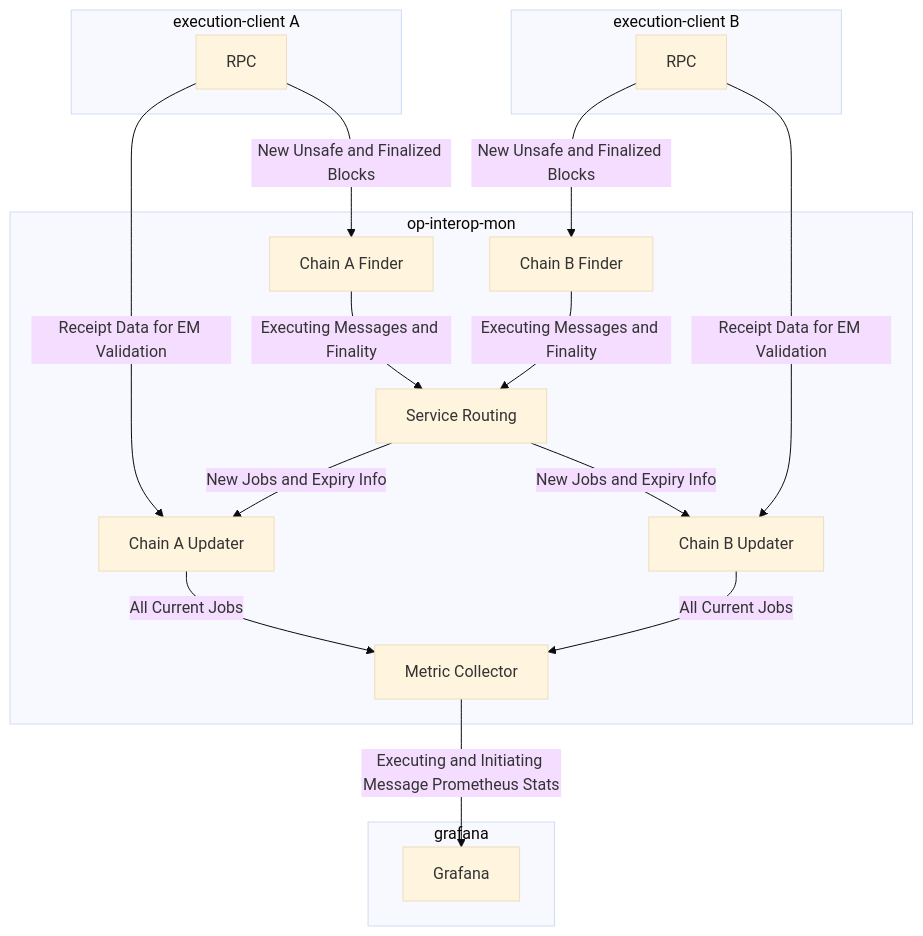
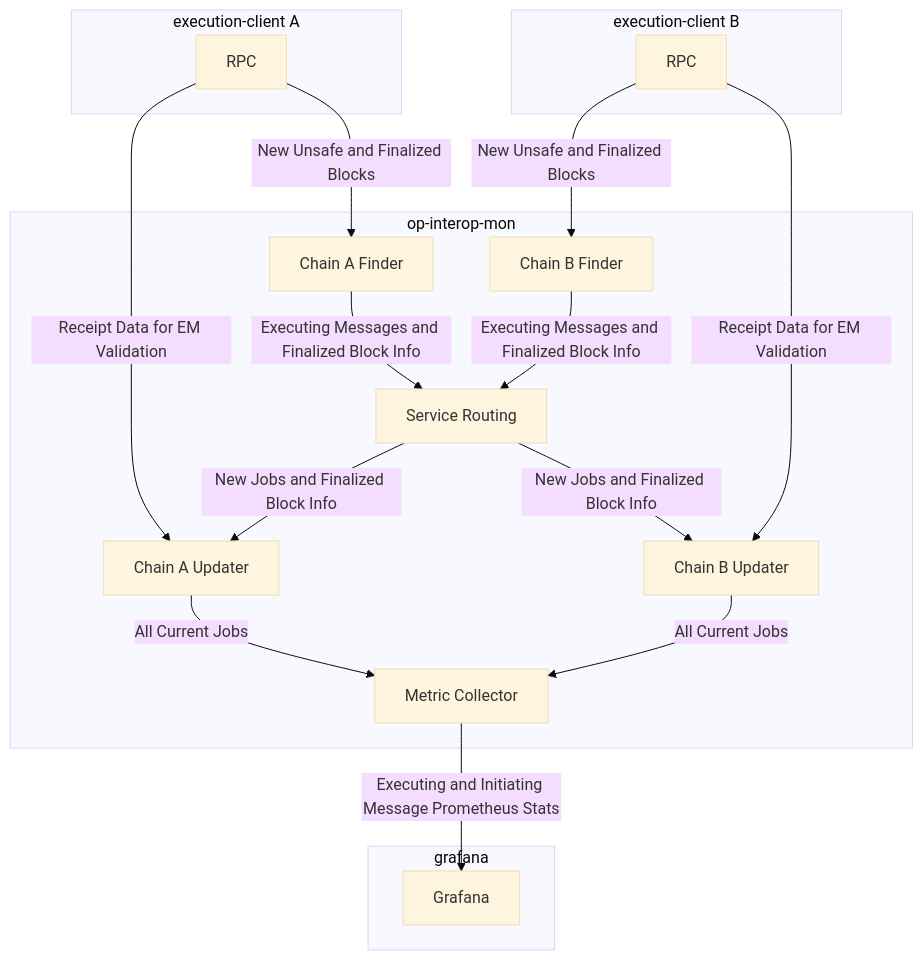
Before and after one commit to ethereum-optimism/optimism: the diagram in op-interop-mon/README.md, drawn with Mermaid (base theme). The commit also changed 3 other files, not shown here.

First line of the commit message:
maintain "finalized" terminology instead of "expiry" until the last moment

````diff
--- a/op-interop-mon/README.md
+++ b/op-interop-mon/README.md
@@ -20,38 +20,38 @@
 ```mermaid
 flowchart TD
 
   subgraph execution-client A
     ra[RPC]
   end
 
   subgraph execution-client B
     rb[RPC]
   end
 
   subgraph grafana
    g[Grafana]
   end
 
   %% Main Monitoring Group
   subgraph service["op-interop-mon"]
     s[Service Routing]
     m[Metric Collector]
     fa[Chain A Finder]
     fb[Chain B Finder]
     ua[Chain A Updater️]
     ub[Chain B Updater]
   end
 
   ra --"New Unsafe and Finalized Blocks"--> fa
   ra --"Receipt Data for EM Validation"--> ua
-  fa --"Executing Messages and Finality" --> s
-  s --"New Jobs and Expiry Info" --> ub
+  fa --"Executing Messages and Finalized Block Info" --> s
+  s --"New Jobs and Finalized Block Info" --> ub
   rb --"New Unsafe and Finalized Blocks"--> fb
   rb --"Receipt Data for EM Validation"--> ub
-  fb --"Executing Messages and Finality" --> s
-  s --"New Jobs and Expiry Info" --> ua
+  fb --"Executing Messages and Finalized Block Info" --> s
+  s --"New Jobs and Finalized Block Info" --> ua
   ua --"All Current Jobs"--> m
   ub --"All Current Jobs"--> m
   m --"Executing and Initiating Message Prometheus Stats"--> g
 
 ```
````
